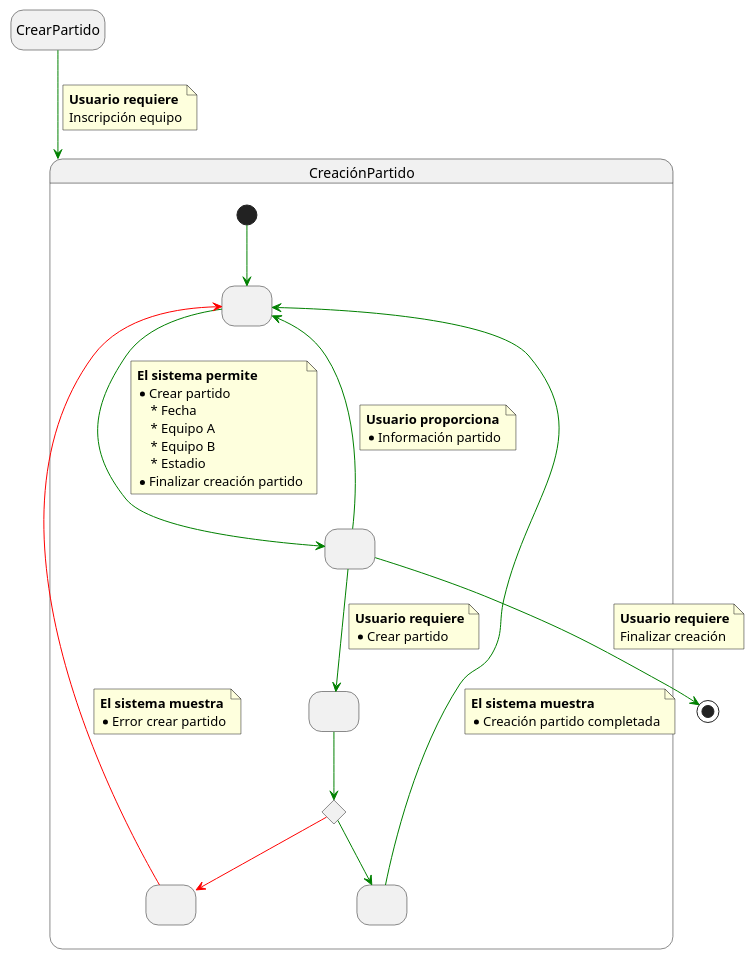
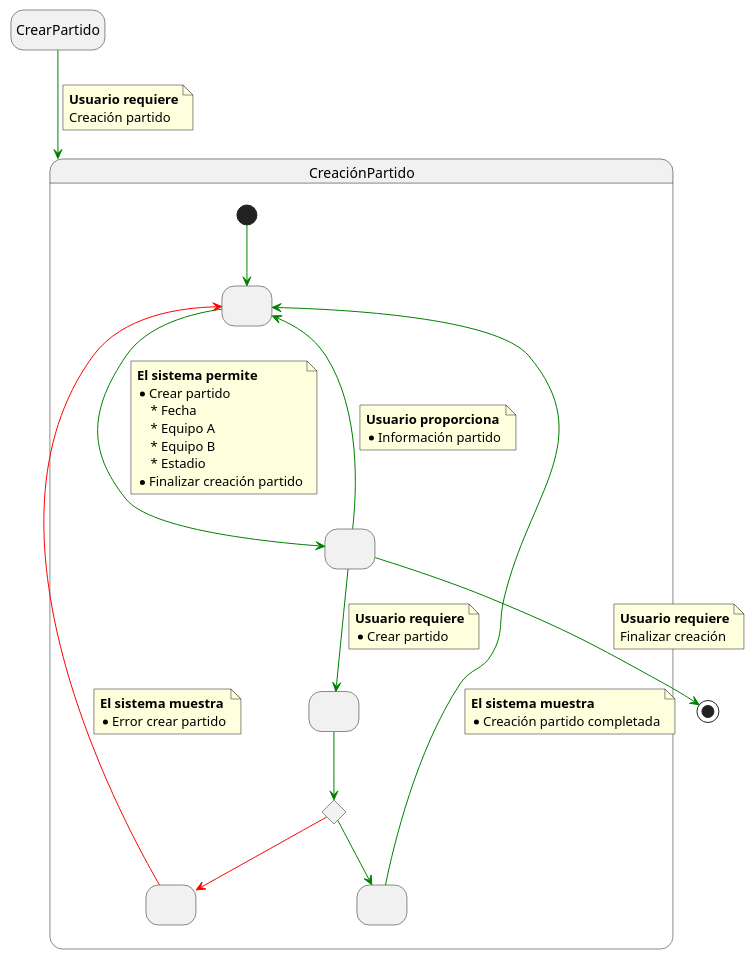
The diagram in actividades/002-appFutbol/RuizJavier/CasosDeUsoDetallados/Códigos/CrearPartido.puml (mmasias/IdSw1-22-23), drawn with PlantUML before and after one commit.

```diff
--- a/actividades/002-appFutbol/RuizJavier/CasosDeUsoDetallados/Códigos/CrearPartido.puml
+++ b/actividades/002-appFutbol/RuizJavier/CasosDeUsoDetallados/Códigos/CrearPartido.puml
@@ -1,83 +1,83 @@
 @startuml 
 
 hide empty description
 
 State CrearPartido
 
 State CreaciónPartido{ 
 
   State state1 as " "
   State state2 as " "
   State state3 as " "
   State state4 as " "
   State state5 as " "
 
 
   state c <<choice>>
 
   [*] -[#green]-> state1
 
   state1-[#green]-> state2
 
   note on link 
     <b>El sistema permite
     * Crear partido
         * Fecha
         * Equipo A
         * Equipo B
         * Estadio
     * Finalizar creación partido
   end note
 
   state2 -[#green]-> state1
  
   note on link 
     <b>Usuario proporciona
     * Información partido
   end note
 
   state2 -[#green]-> state3
   
   note on link 
     <b>Usuario requiere
     * Crear partido
   end note
 
   state3 -[#green]-> c
 
   c -[#green]-> state4
 
   state4 -[#green]-> state1
   
   note on link 
     <b>El sistema muestra
     * Creación partido completada
   end note
 
   c-[#red]-> state5
 
   state5 -l[#red]-> state1
 
   note on link 
     <b>El sistema muestra
     * Error crear partido
   end note
 
 
 } 
 
 CrearPartido-[#green]-> CreaciónPartido
 
 note on link
  <b>Usuario requiere
- Inscripción equipo
+ Creación partido
 end note
 
 state2 -[#green]-> [*] 
 
 note on link
  <b>Usuario requiere
  Finalizar creación
 end note
 
 @enduml
```
